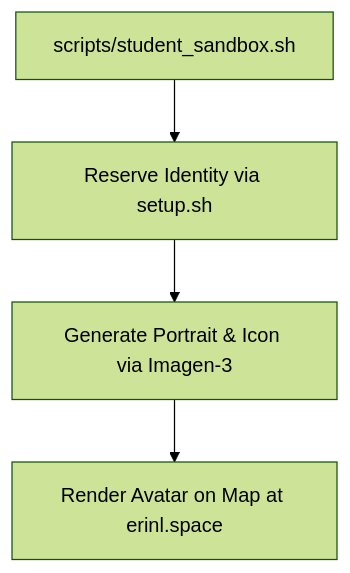
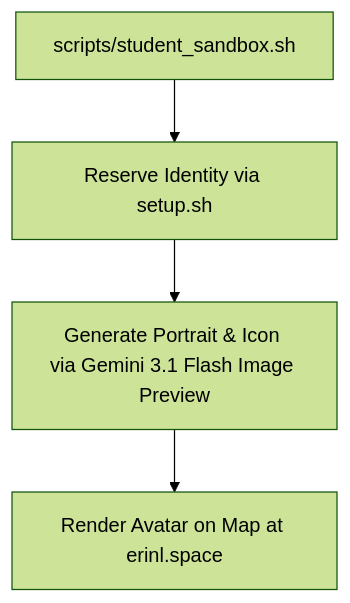
One commit to giterinhub/way-back-home changed the first of 6 diagrams in student_walkthrough.md. Above: the diagram before and after it, drawn with Mermaid (forest theme). The commit also changed other lines of this file and 9 other files, not shown here.

````diff
--- a/student_walkthrough.md
+++ b/student_walkthrough.md
@@ -27,6 +27,6 @@
 ```mermaid
 graph TD
     A[scripts/student_sandbox.sh] --> B[Reserve Identity via setup.sh]
-    B --> C[Generate Portrait & Icon via Imagen-3]
+    B --> C[Generate Portrait & Icon via Gemini 3.1 Flash Image Preview]
     C --> D[Render Avatar on Map at erinl.space]
 ```
````
